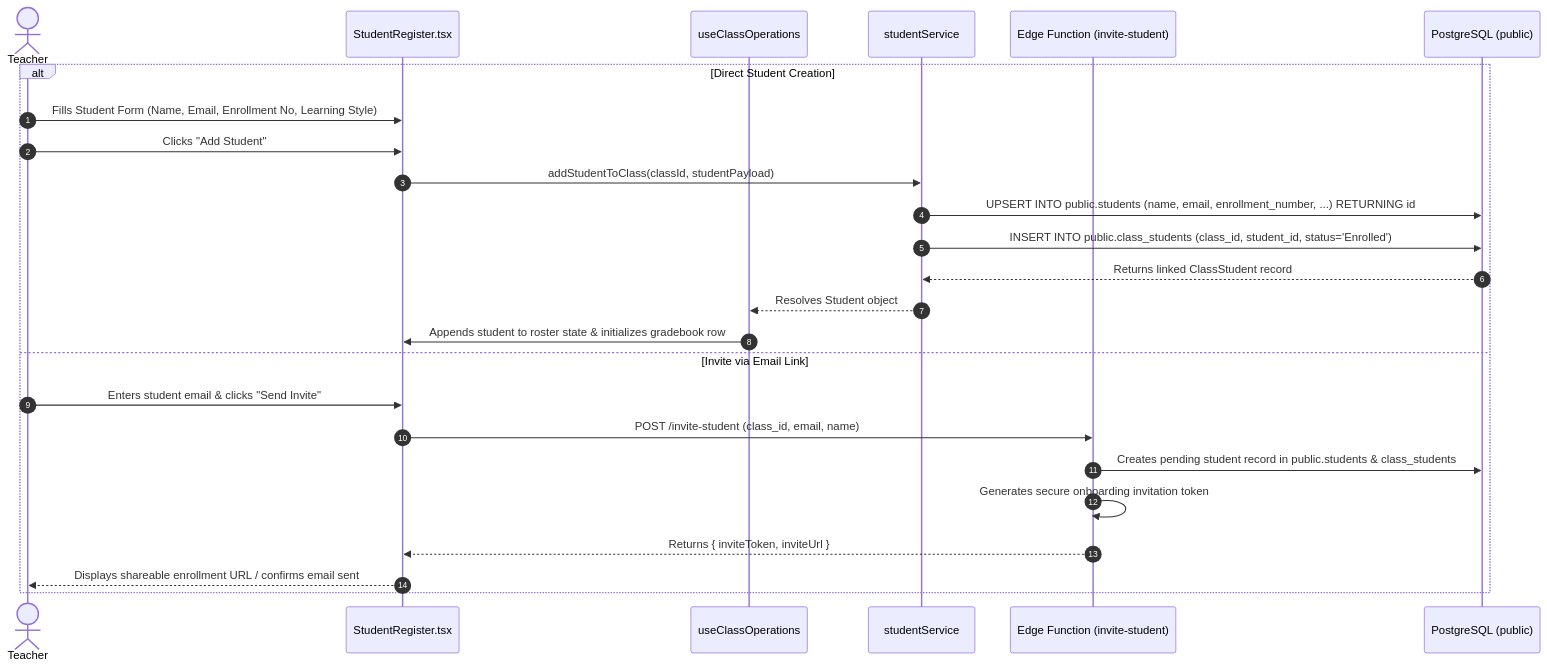
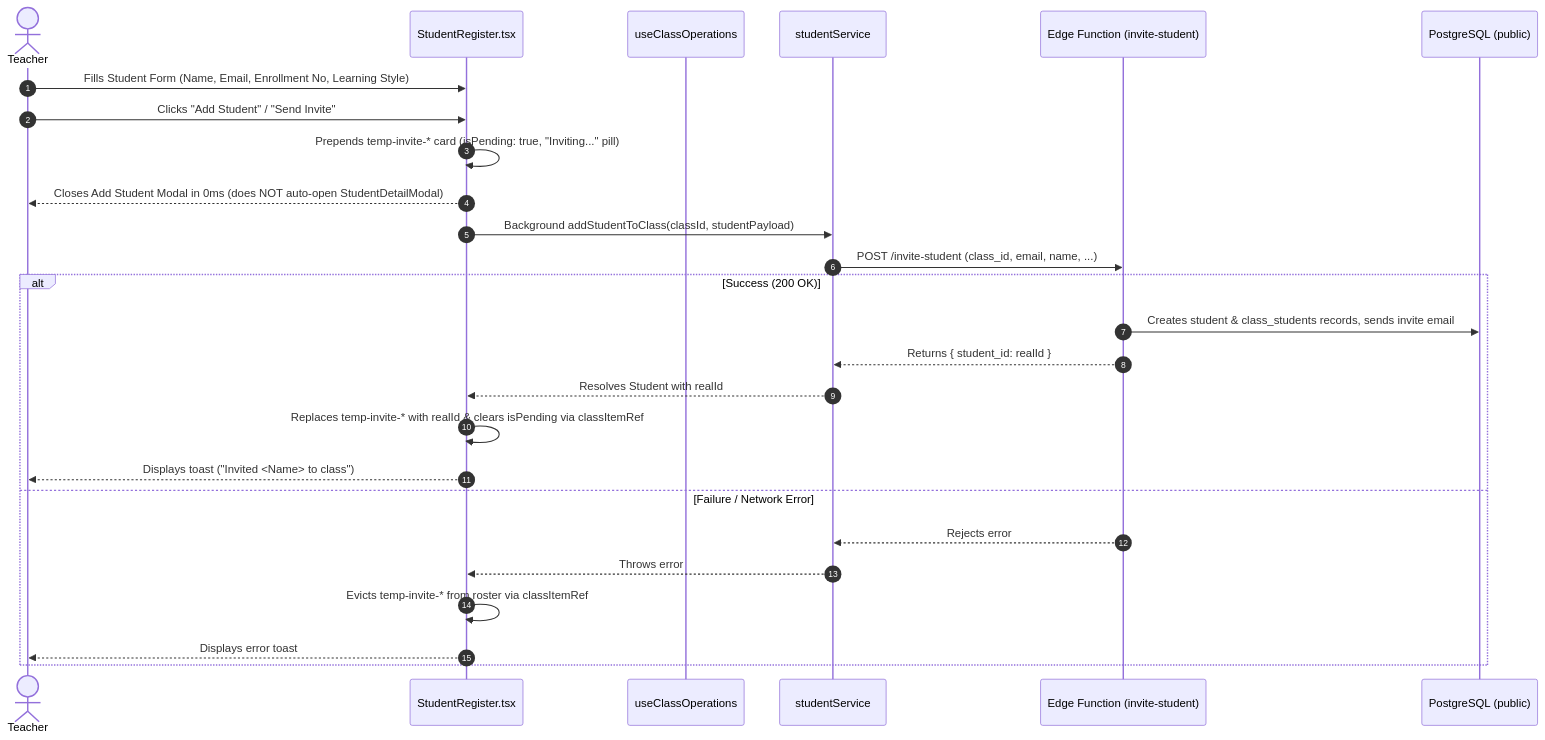
The first of 4 diagrams in systems/workflows/student_roster_workflows.md (VictorBravo9er/Teacher-Assistant-Workspace), drawn with Mermaid before and after one commit. The commit also changed other lines of this file and 32 other files, not shown here.

````diff
--- a/systems/workflows/student_roster_workflows.md
+++ b/systems/workflows/student_roster_workflows.md
@@ -11,28 +11,29 @@
 ```mermaid
 sequenceDiagram
     autonumber
     actor Teacher as Teacher
     participant UI as StudentRegister.tsx
     participant Hook as useClassOperations
     participant Svc as studentService
     participant Edge as Edge Function (invite-student)
     participant DB as PostgreSQL (public)
 
-    alt Direct Student Creation
-        Teacher->>UI: Fills Student Form (Name, Email, Enrollment No, Learning Style)
-        Teacher->>UI: Clicks "Add Student"
-        UI->>Svc: addStudentToClass(classId, studentPayload)
-        Svc->>DB: UPSERT INTO public.students (name, email, enrollment_number, ...) RETURNING id
-        Svc->>DB: INSERT INTO public.class_students (class_id, student_id, status='Enrolled')
-        DB-->>Svc: Returns linked ClassStudent record
-        Svc-->>Hook: Resolves Student object
-        Hook->>UI: Appends student to roster state & initializes gradebook row
-    else Invite via Email Link
-        Teacher->>UI: Enters student email & clicks "Send Invite"
-        UI->>Edge: POST /invite-student (class_id, email, name)
-        Edge->>DB: Creates pending student record in public.students & class_students
-        Edge->>Edge: Generates secure onboarding invitation token
-        Edge-->>UI: Returns { inviteToken, inviteUrl }
-        UI-->>Teacher: Displays shareable enrollment URL / confirms email sent
+    Teacher->>UI: Fills Student Form (Name, Email, Enrollment No, Learning Style)
+    Teacher->>UI: Clicks "Add Student" / "Send Invite"
+    UI->>UI: Prepends temp-invite-* card (isPending: true, "Inviting..." pill)
+    UI-->>Teacher: Closes Add Student Modal in 0ms (does NOT auto-open StudentDetailModal)
+    UI->>Svc: Background addStudentToClass(classId, studentPayload)
+    Svc->>Edge: POST /invite-student (class_id, email, name, ...)
+    alt Success (200 OK)
+        Edge->>DB: Creates student & class_students records, sends invite email
+        Edge-->>Svc: Returns { student_id: realId }
+        Svc-->>UI: Resolves Student with realId
+        UI->>UI: Replaces temp-invite-* with realId & clears isPending via classItemRef
+        UI-->>Teacher: Displays toast ("Invited <Name> to class")
+    else Failure / Network Error
+        Edge-->>Svc: Rejects error
+        Svc-->>UI: Throws error
+        UI->>UI: Evicts temp-invite-* from roster via classItemRef
+        UI-->>Teacher: Displays error toast
     end
 ```
````
